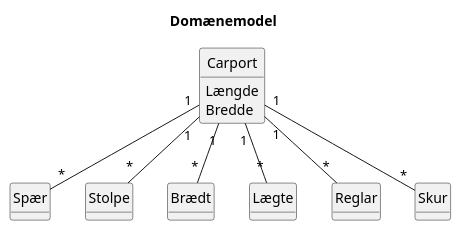
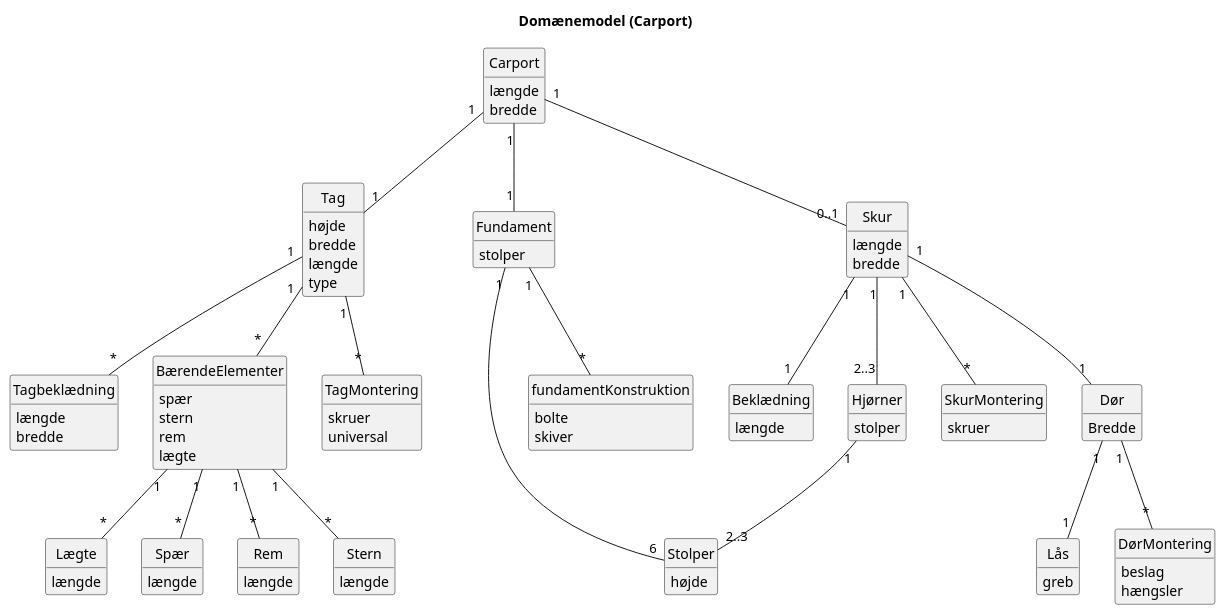
The diagram in Documentation/UML/Domæne model/Domain_Model_Styk_1.puml (codergram/Fog), drawn with PlantUML before and after one commit. The commit also changed 20 other files, not shown here.

```diff
--- a/Documentation/UML/Domæne model/Domain_Model_Styk_1.puml
+++ b/Documentation/UML/Domæne model/Domain_Model_Styk_1.puml
@@ -1,44 +1,123 @@
 @startuml
-Title Domænemodel
+Title Domænemodel (Carport)
 
 hide circle
 hide methods
 
 class Carport {
-Længde
-Bredde
+    længde
+    bredde
+}
+
+class Tag {
+    højde
+    bredde
+    længde
+    type
+}
+
+class Tagbeklædning {
+    længde
+    bredde
+}
+
+class BærendeElementer {
+    spær
+    stern
+    rem
+    lægte
+}
+
+class TagMontering {
+    skruer
+    universal
 }
 
 class Spær {
-
+    længde
 }
 
-class Stolpe {
-
+class Rem {
+    længde
 }
 
-class Brædt {
-
+class Stern {
+    længde
 }
 
 class Lægte {
-
+    længde
 }
 
-class Reglar {
+class Fundament {
+   stolper
+}
 
+class fundamentKonstruktion {
+    bolte
+    skiver
+}
+
+class Stolper {
+   højde
 }
 
 class Skur {
 
 }
 
-Carport "1" -- "*" Spær
-Carport "1" -- "*" Stolpe
-Carport "1" -- "*" Brædt
-Carport "1" -- "*" Lægte
-Carport "1" -- "*" Reglar
-Carport "1" -- "*" Skur
+class Skur {
+    længde
+    bredde
+}
+
+class Dør {
+    Bredde
+}
+
+class DørMontering {
+    beslag
+    hængsler
+}
+
+class Lås {
+    greb
+}
+
+class Beklædning {
+    længde
+}
+
+class Hjørner {
+    stolper
+}
+
+class SkurMontering {
+    skruer
+}
+
+Carport "1" -- "1" Tag
+Tag "1" -- "*" Tagbeklædning
+Tag "1" -- "*" BærendeElementer
+Tag "1" -- "*" TagMontering
+BærendeElementer "1" -- "*" Spær
+BærendeElementer "1" -- "*" Rem
+BærendeElementer "1" -- "*" Stern
+BærendeElementer "1" -- "*" Lægte
+
+
+Carport "1" -- "1" Fundament
+Fundament "1" -- "*" fundamentKonstruktion
+Fundament "1" -- "6" Stolper
+
+Carport "1" -- "0..1" Skur
+Skur "1" -- "1" Dør
+Skur "1" -- "1" Beklædning
+Skur "1" -- "*" SkurMontering
+Skur "1" -- "2..3" Hjørner
+Hjørner "1" -- "2..3" Stolper
+Dør "1" -- "1" Lås
+Dør "1" -- "*" DørMontering
 
 
 @enduml
```
